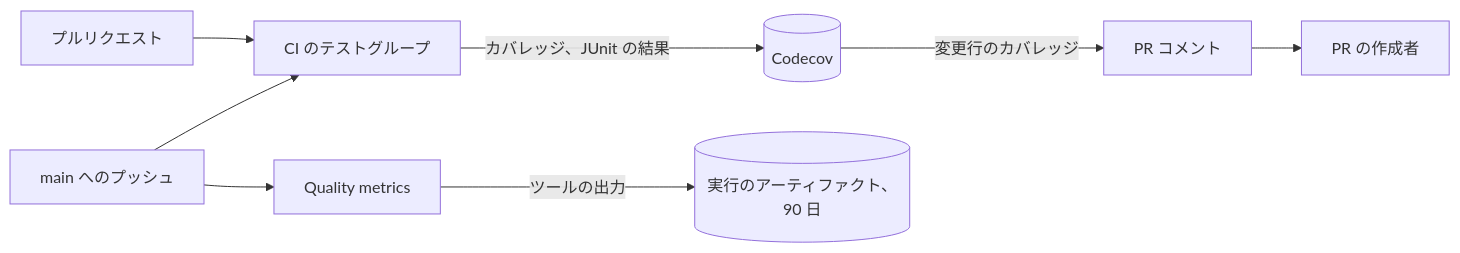
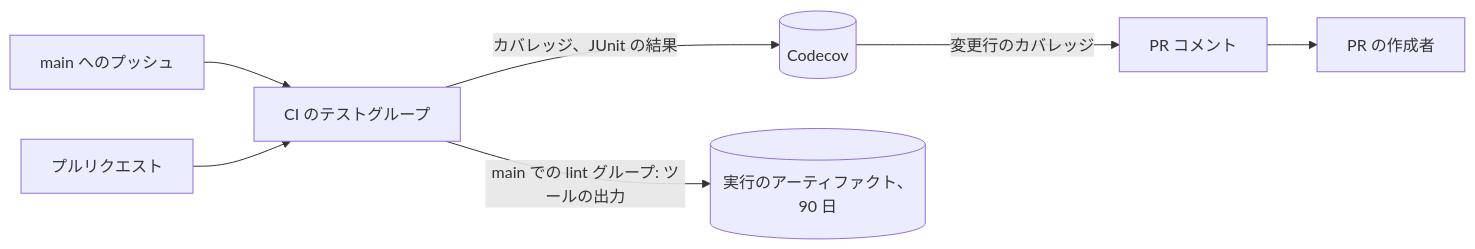
Before and after one commit to syudead/vv: the diagram in translations/ja/docs/design-docs/test-quality-monitoring.md, drawn with Mermaid. The commit also changed other lines of this file and 6 other files, not shown here.

First line of the commit message:
ci: 品質の計測を CI の lint の組に統合し、Quality metrics のワークフローを消す

````diff
--- a/translations/ja/docs/design-docs/test-quality-monitoring.md
+++ b/translations/ja/docs/design-docs/test-quality-monitoring.md
@@ -12,10 +12,9 @@
 ```mermaid
 flowchart LR
   push[main へのプッシュ] --> ci[CI のテストグループ]
-  push --> qm[Quality metrics]
   pr[プルリクエスト] --> ci
   ci -->|カバレッジ、JUnit の結果| codecov[(Codecov)]
-  qm -->|ツールの出力| art[(実行のアーティファクト、90 日)]
+  ci -->|main での lint グループ: ツールの出力| art[(実行のアーティファクト、90 日)]
   codecov -->|変更行のカバレッジ| prc[PR コメント]
   prc --> author[PR の作成者]
 ```
````
